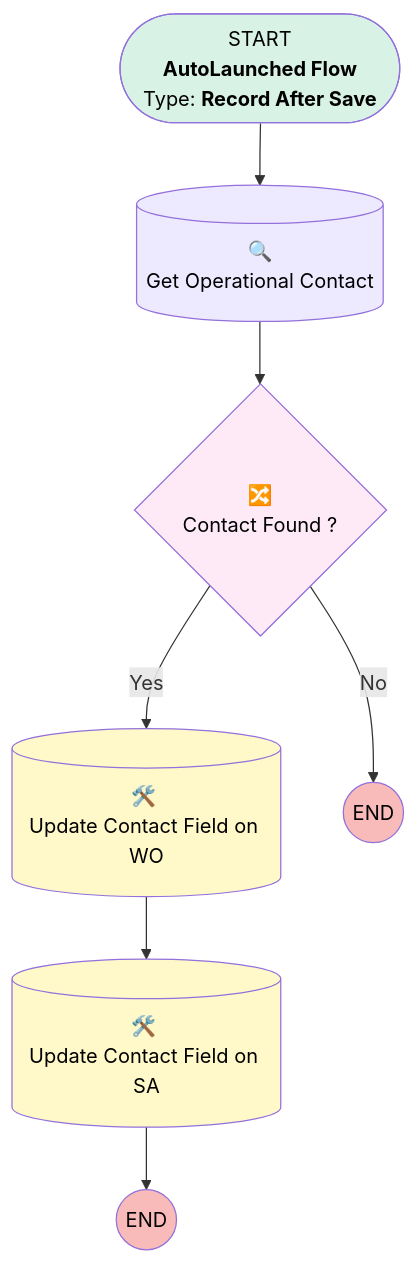
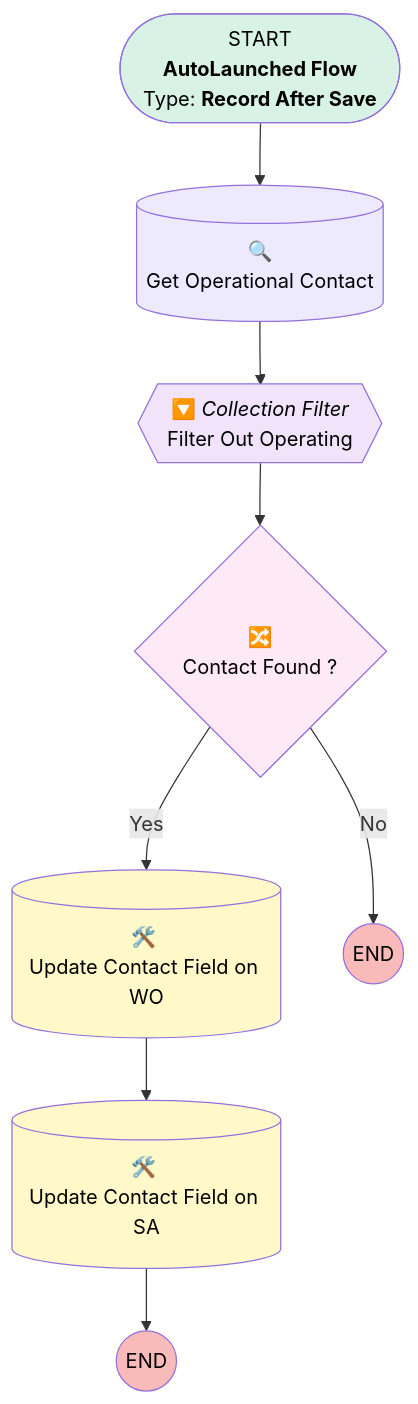
One commit to fpardon-upeo/krinkels-monitoring changed the diagram in docs/flows/Work_Order_After_Save_Record_Triggered_Populate_Contact_on_WO_and_SA.md. Above: the diagram before and after it, drawn with Mermaid. The commit also changed other lines of this file and 164 other files, not shown here.

````diff
--- a/docs/flows/Work_Order_After_Save_Record_Triggered_Populate_Contact_on_WO_and_SA.md
+++ b/docs/flows/Work_Order_After_Save_Record_Triggered_Populate_Contact_on_WO_and_SA.md
@@ -5,50 +5,54 @@
 ```mermaid
 %% If you read this, your Markdown visualizer does not handle MermaidJS syntax.
 %% - If you are in VsCode, install extension `Markdown Preview Mermaid Support` at https://marketplace.visualstudio.com/items?itemName=bierner.markdown-mermaid
 %% - If you are using sfdx-hardis, try to define env variable `MERMAID_MODES=cli,docker` ,then run again the command to regenerate markdown with SVG images.
 %% - If you are within mkdocs-material, define mermaid plugin in `mkdocs.yml` as described in https://squidfunk.github.io/mkdocs-material/extensions/mermaid/
 %% - At last resort, you can copy-paste this MermaidJS code in https://mermaid.live/ to see the Flow Diagram
 
 flowchart TB
 START(["START<br/><b>AutoLaunched Flow</b></br>Type: <b> Record After Save</b>"]):::startClass
 click START "#general-information" "346636380"
 
+Filter_Out_Operating{{"🔽 <em>Collection Filter</em><br/>Filter Out Operating"}}:::collectionProcessors
+click Filter_Out_Operating "#filter_out_operating" "2577911783"
+
 Contact_Found{"🔀 <em></em><br/>Contact Found ?"}:::decisions
-click Contact_Found "#contact_found" "1888914664"
+click Contact_Found "#contact_found" "58119269"
 
 Get_Operational_Contact[("🔍 <em></em><br/>Get Operational Contact")]:::recordLookups
-click Get_Operational_Contact "#get_operational_contact" "1246953570"
+click Get_Operational_Contact "#get_operational_contact" "447239799"
 
 Update_Contact_Field_on_SA[("🛠️ <em></em><br/>Update Contact Field on SA")]:::recordUpdates
-click Update_Contact_Field_on_SA "#update_contact_field_on_sa" "1559423494"
+click Update_Contact_Field_on_SA "#update_contact_field_on_sa" "1668573287"
 
 Update_Contact_Field_on_WO[("🛠️ <em></em><br/>Update Contact Field on WO")]:::recordUpdates
-click Update_Contact_Field_on_WO "#update_contact_field_on_wo" "3213611049"
+click Update_Contact_Field_on_WO "#update_contact_field_on_wo" "694167732"
 
+Filter_Out_Operating --> Contact_Found
 Contact_Found --> |"Yes"| Update_Contact_Field_on_WO
 Contact_Found --> |"No"| END_Contact_Found
-Get_Operational_Contact --> Contact_Found
+Get_Operational_Contact --> Filter_Out_Operating
 Update_Contact_Field_on_SA --> END_Update_Contact_Field_on_SA
 Update_Contact_Field_on_WO --> Update_Contact_Field_on_SA
 START -->  Get_Operational_Contact
 END_Contact_Found(( END )):::endClass
 END_Update_Contact_Field_on_SA(( END )):::endClass
 
 
 classDef actionCalls fill:#D4E4FC,color:black,text-decoration:none,max-height:100px
 classDef assignments fill:#FBEED7,color:black,text-decoration:none,max-height:100px
 classDef collectionProcessors fill:#F0E3FA,color:black,text-decoration:none,max-height:100px
 classDef customErrors fill:#FFE9E9,color:black,text-decoration:none,max-height:100px
 classDef decisions fill:#FDEAF6,color:black,text-decoration:none,max-height:100px
 classDef loops fill:#FDEAF6,color:black,text-decoration:none,max-height:100px
 classDef recordCreates fill:#FFF8C9,color:black,text-decoration:none,max-height:100px
 classDef recordDeletes fill:#FFF8C9,color:black,text-decoration:none,max-height:100px
 classDef recordLookups fill:#EDEAFF,color:black,text-decoration:none,max-height:100px
 classDef recordUpdates fill:#FFF8C9,color:black,text-decoration:none,max-height:100px
 classDef screens fill:#DFF6FF,color:black,text-decoration:none,max-height:100px
 classDef subflows fill:#D4E4FC,color:black,text-decoration:none,max-height:100px
 classDef startClass fill:#D9F2E6,color:black,text-decoration:none,max-height:100px
 classDef endClass fill:#F9BABA,color:black,text-decoration:none,max-height:100px
 
 
 ```
````
